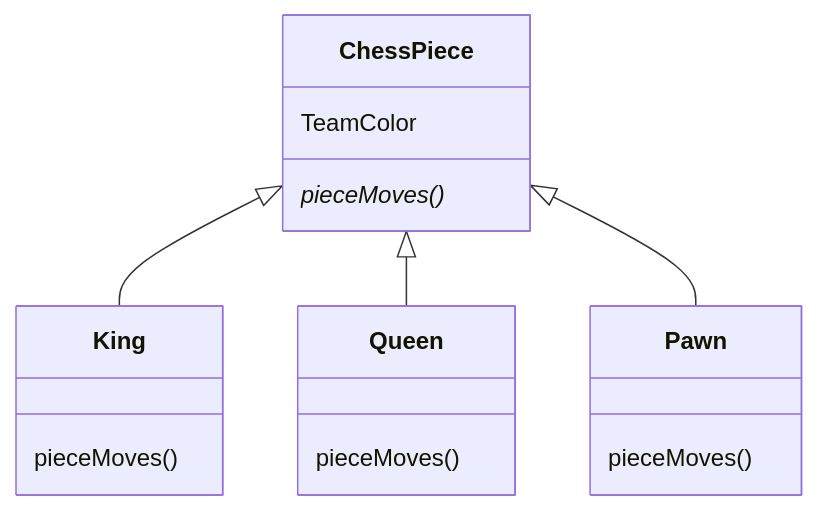
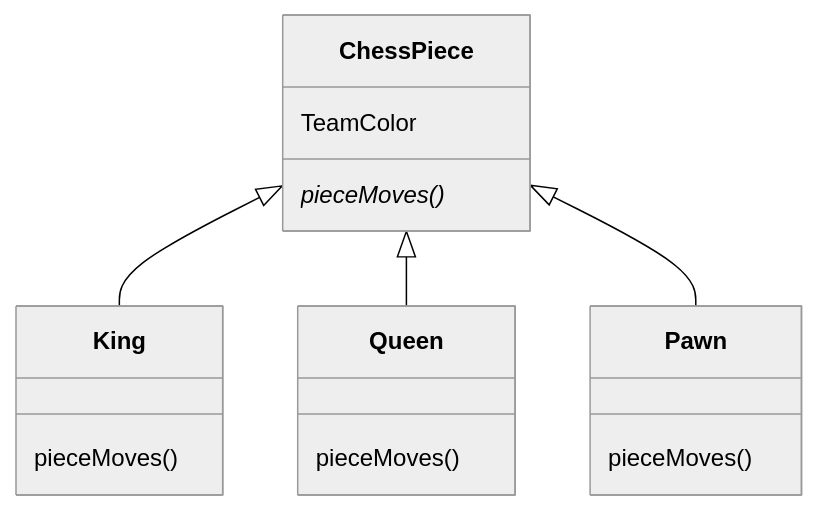
One commit to byucsstudent/cs240v2 changed the second of 4 diagrams in instruction/interfaces-abstract-classes/interfaces-and-abstract-classes.md. Above: the diagram before and after it, drawn with Mermaid. The commit also changed other lines of this file, not shown here.

````diff
--- a/instruction/interfaces-abstract-classes/interfaces-and-abstract-classes.md
+++ b/instruction/interfaces-abstract-classes/interfaces-and-abstract-classes.md
@@ -291,24 +293,26 @@
 ```mermaid
+%%{init: { 'theme': 'neutral', 'themeVariables': { 'lineColor': '#000000', 'primaryTextColor': '#000000', 'actorBorder': '#000000', 'participantBorder': '#000000', 'noteBorderColor': '#000000' } }}%%
+
 classDiagram
 
     class ChessPiece {
         TeamColor
         pieceMoves()*
     }
 
     ChessPiece <|-- King
     ChessPiece <|-- Queen
     ChessPiece <|-- Pawn
 
     class King {
         pieceMoves()
     }
     class Queen {
         pieceMoves()
     }
 
     class Pawn {
         pieceMoves()
     }
 
 ```
````
